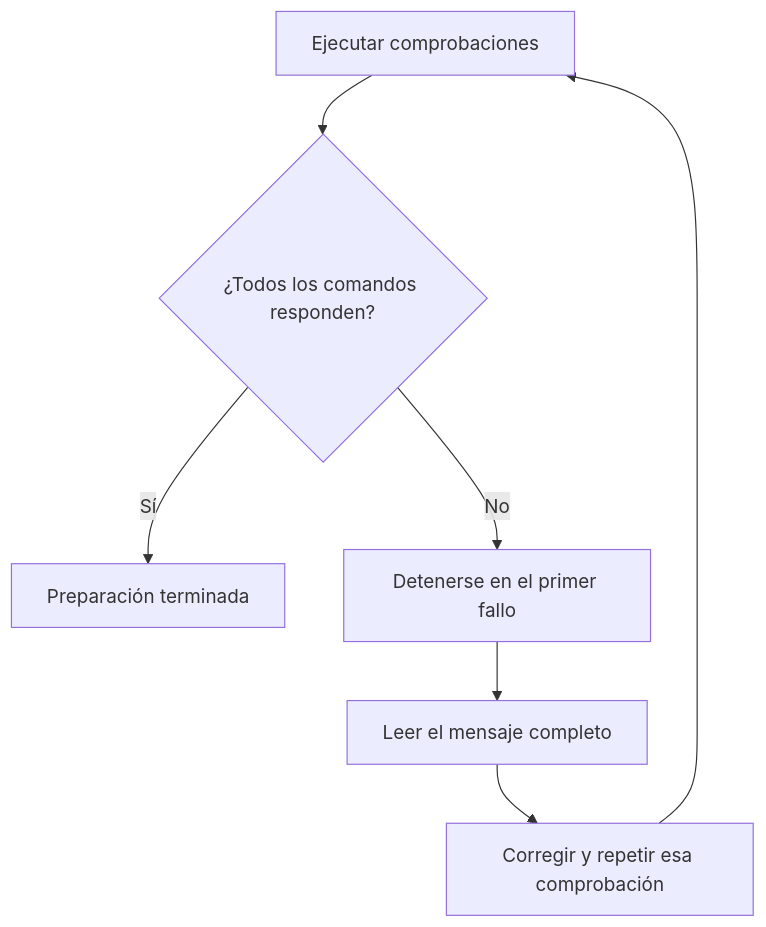
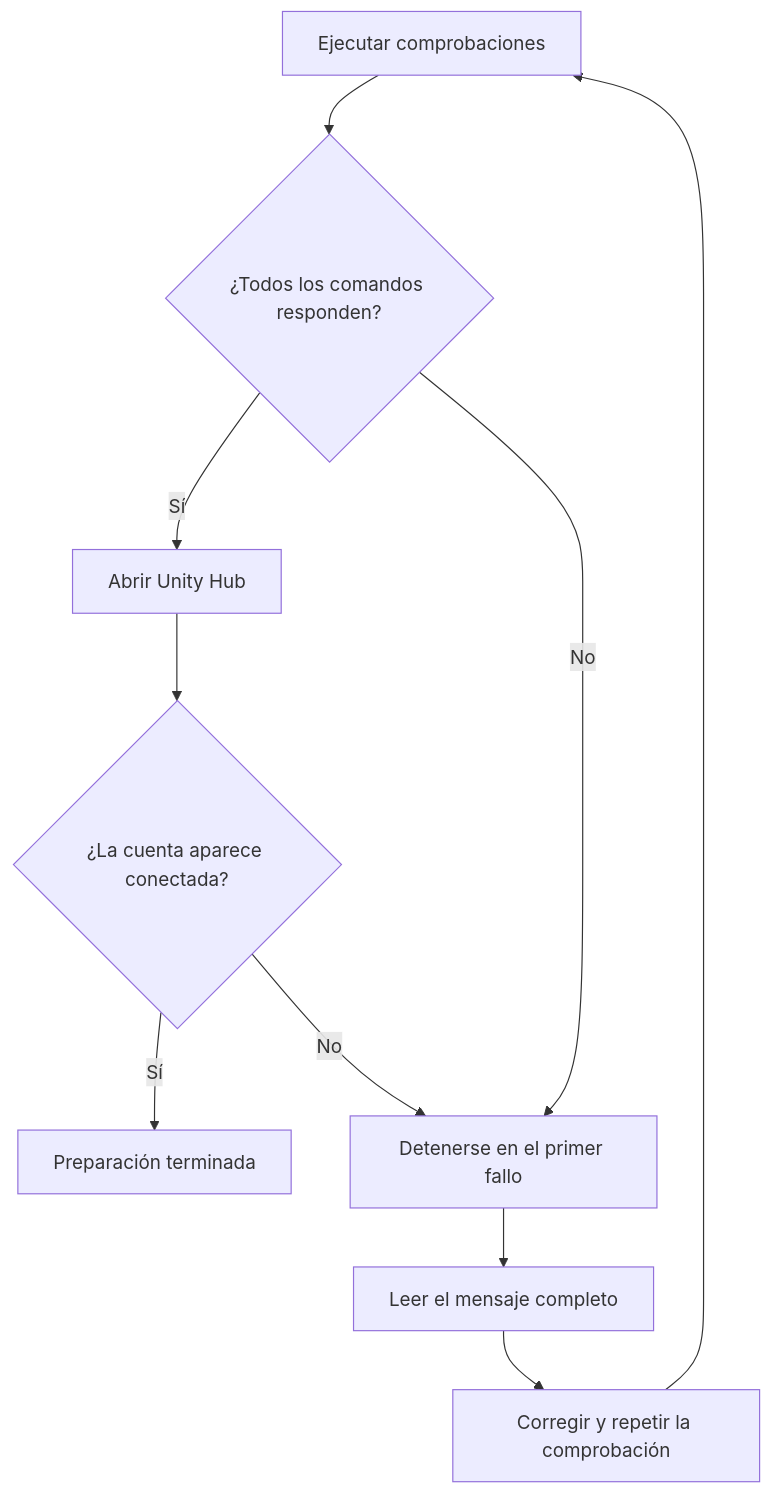
Before and after one commit to jcarrenogallego/learning-unity: the second of 3 diagrams in README.md, drawn with Mermaid. The commit also changed other lines of this file, not shown here.

Commit message:
docs(setup): use Unity Hub as standard installation

````diff
--- a/README.md
+++ b/README.md
@@ -204,9 +170,12 @@
 ```mermaid
 flowchart TD
     A[Ejecutar comprobaciones] --> B{¿Todos los comandos responden?}
-    B -- Sí --> C[Preparación terminada]
-    B -- No --> D[Detenerse en el primer fallo]
-    D --> E[Leer el mensaje completo]
-    E --> F[Corregir y repetir esa comprobación]
-    F --> A
+    B -- Sí --> C[Abrir Unity Hub]
+    C --> D{¿La cuenta aparece conectada?}
+    D -- Sí --> E[Preparación terminada]
+    B -- No --> F[Detenerse en el primer fallo]
+    D -- No --> F
+    F --> G[Leer el mensaje completo]
+    G --> H[Corregir y repetir la comprobación]
+    H --> A
 ```
````
